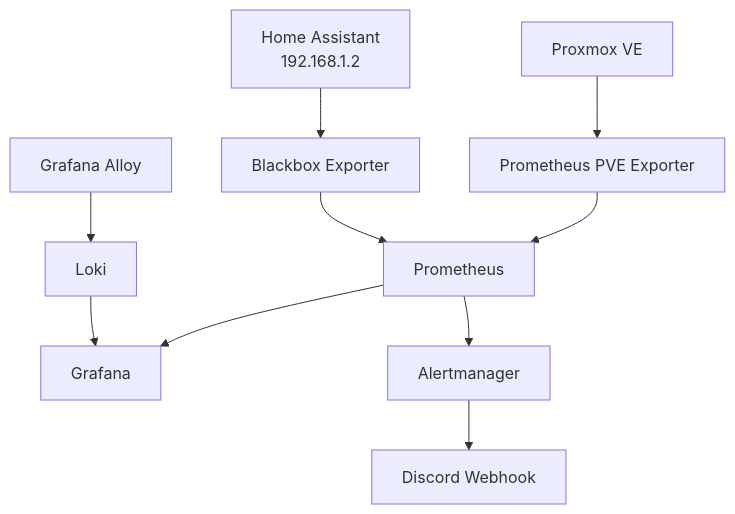
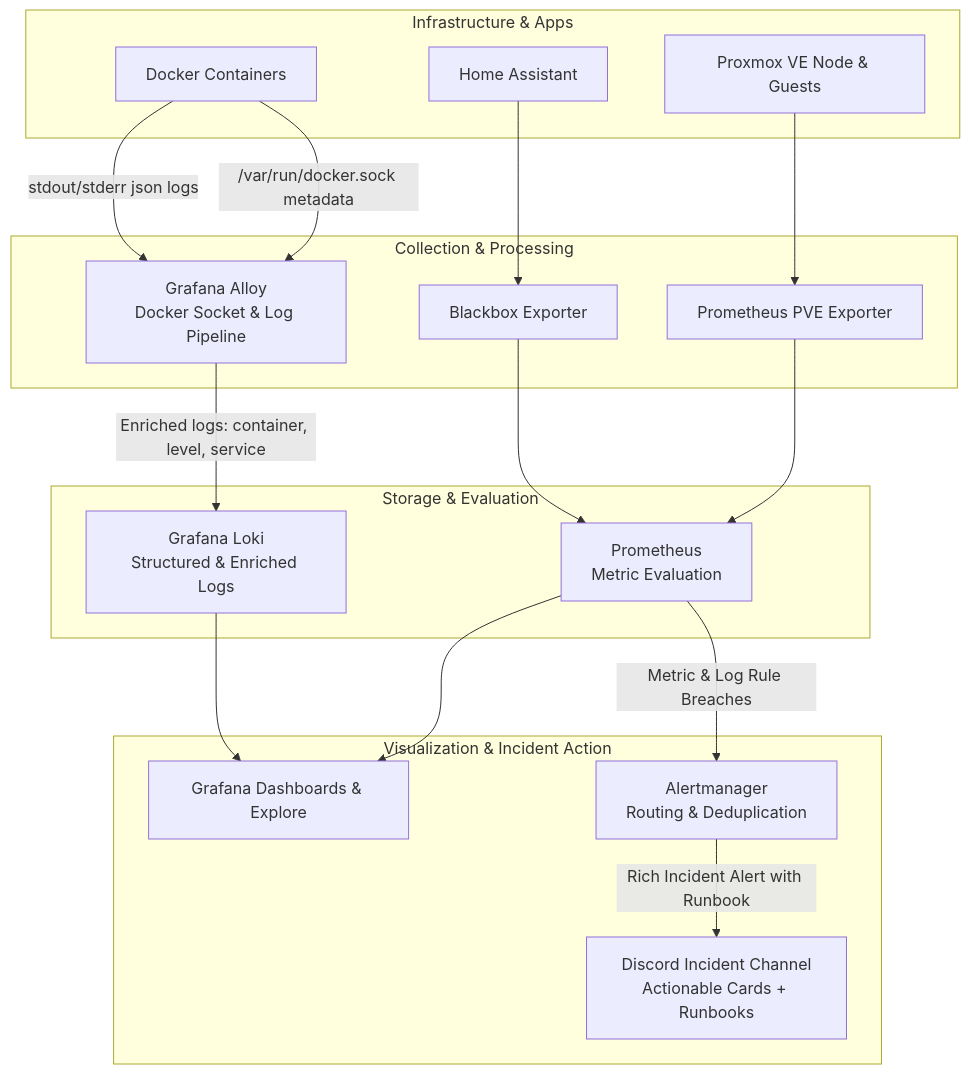
The diagram in README.md (pioneershahid/homelab-observability), drawn with Mermaid before and after one commit. The commit also changed other lines of this file and 5 other files, not shown here.

````diff
--- a/README.md
+++ b/README.md
@@ -9,19 +9,37 @@
 ```mermaid
 flowchart TD
-    PVE[Proxmox VE]
-    HA[Home Assistant<br/>192.168.1.2]
-    PVEExporter[Prometheus PVE Exporter]
-    Blackbox[Blackbox Exporter]
-    Prom[Prometheus]
-    Grafana[Grafana]
-    Alloy[Grafana Alloy]
-    Loki[Loki]
-    AM[Alertmanager]
-    Discord[Discord Webhook]
+    subgraph Infrastructure & Apps
+        PVE[Proxmox VE Node & Guests]
+        HA[Home Assistant]
+        Containers[Docker Containers]
+    end
+
+    subgraph Collection & Processing
+        PVEExporter[Prometheus PVE Exporter]
+        Blackbox[Blackbox Exporter]
+        Alloy[Grafana Alloy<br/>Docker Socket & Log Pipeline]
+    end
+
+    subgraph Storage & Evaluation
+        Prom[Prometheus<br/>Metric Evaluation]
+        Loki[Grafana Loki<br/>Structured & Enriched Logs]
+    end
+
+    subgraph Visualization & Incident Action
+        Grafana[Grafana Dashboards & Explore]
+        AM[Alertmanager<br/>Routing & Deduplication]
+        Discord[Discord Incident Channel<br/>Actionable Cards + Runbooks]
+    end
 
     PVE --> PVEExporter --> Prom
     HA --> Blackbox --> Prom
+    Containers -->|/var/run/docker.sock metadata| Alloy
+    Containers -->|stdout/stderr json logs| Alloy
+    Alloy -->|Enriched logs: container, level, service| Loki
+
     Prom --> Grafana
-    Alloy --> Loki --> Grafana
-    Prom --> AM --> Discord
+    Loki --> Grafana
+
+    Prom -->|Metric & Log Rule Breaches| AM
+    AM -->|Rich Incident Alert with Runbook| Discord
 ```
````
